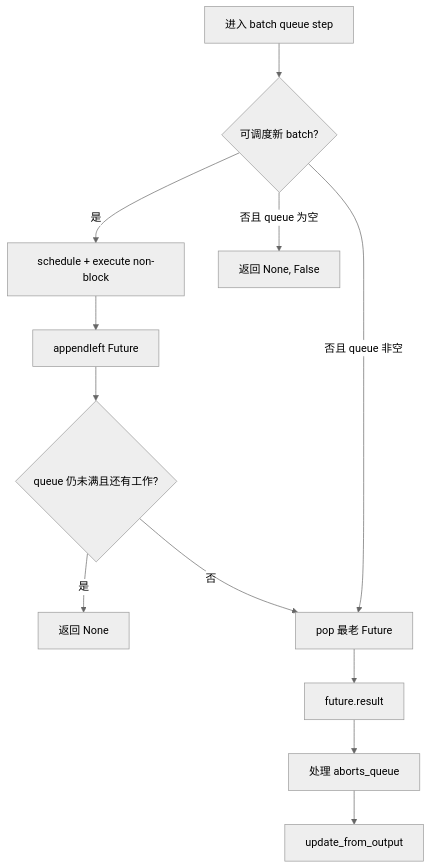
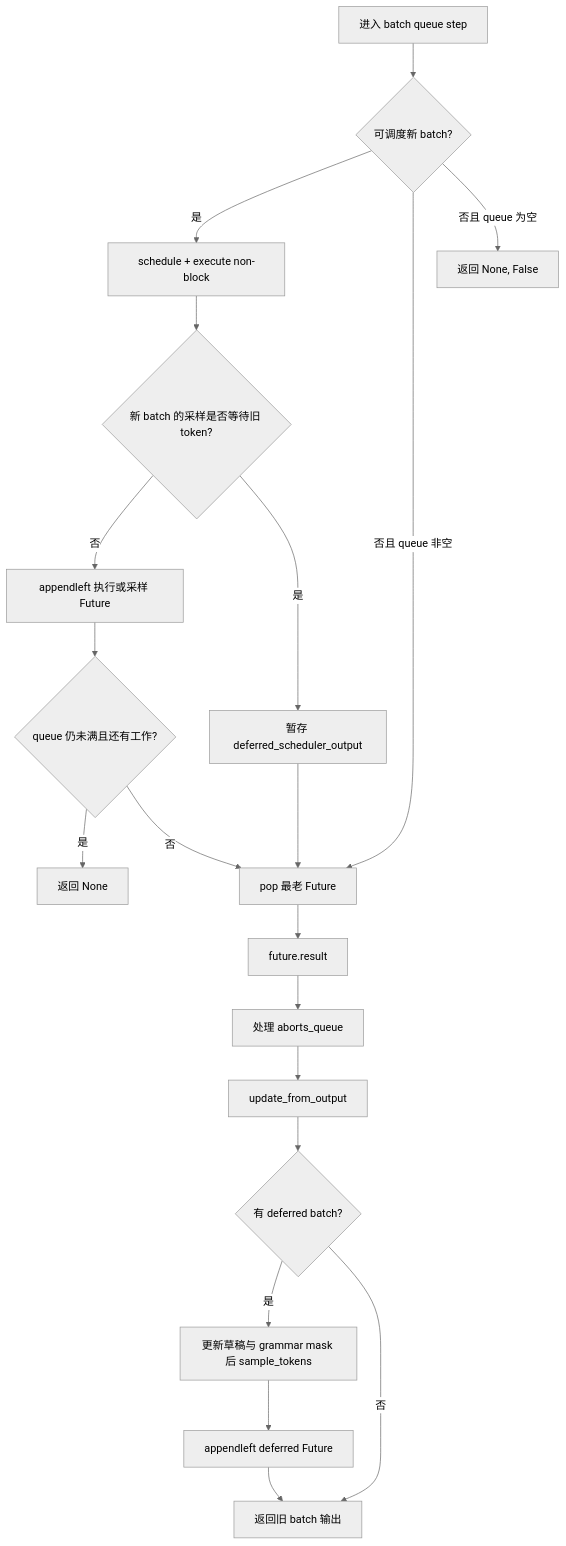
Before and after one commit to cluster1900/vllm_reader: diagram 14 of 19 in book/03-engine-core/README.md, drawn with Mermaid (neutral theme). The commit also changed other lines of this file and 19 other files, not shown here.

````diff
--- a/book/03-engine-core/README.md
+++ b/book/03-engine-core/README.md
@@ -700,14 +705,22 @@
 ```mermaid
 flowchart TD
     A[进入 batch queue step] --> B{可调度新 batch?}
     B -- 是 --> C[schedule + execute non-block]
-    C --> D[appendleft Future]
+    C --> DEP{新 batch 的采样是否等待旧 token?}
+    DEP -- 否 --> D[appendleft 执行或采样 Future]
+    DEP -- 是 --> HOLD[暂存 deferred_scheduler_output]
+    HOLD --> P
     D --> E{queue 仍未满且还有工作?}
     E -- 是 --> R[返回 None]
     E -- 否 --> P[pop 最老 Future]
     B -- 否且 queue 非空 --> P
     B -- 否且 queue 为空 --> N[返回 None, False]
     P --> W[future.result]
     W --> AB[处理 aborts_queue]
     AB --> U[update_from_output]
+    U --> DEFER{有 deferred batch?}
+    DEFER -- 是 --> SAMPLE[更新草稿与 grammar mask 后 sample_tokens]
+    SAMPLE --> ENQUEUE[appendleft deferred Future]
+    DEFER -- 否 --> RET[返回旧 batch 输出]
+    ENQUEUE --> RET
 ```
````
